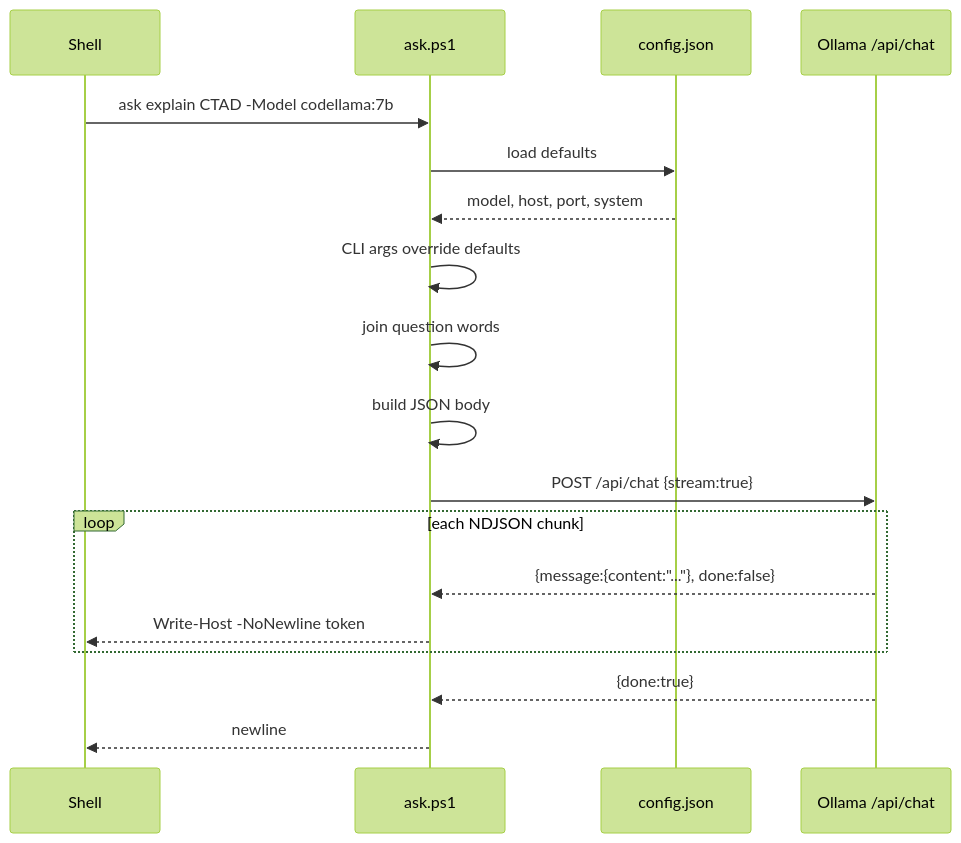
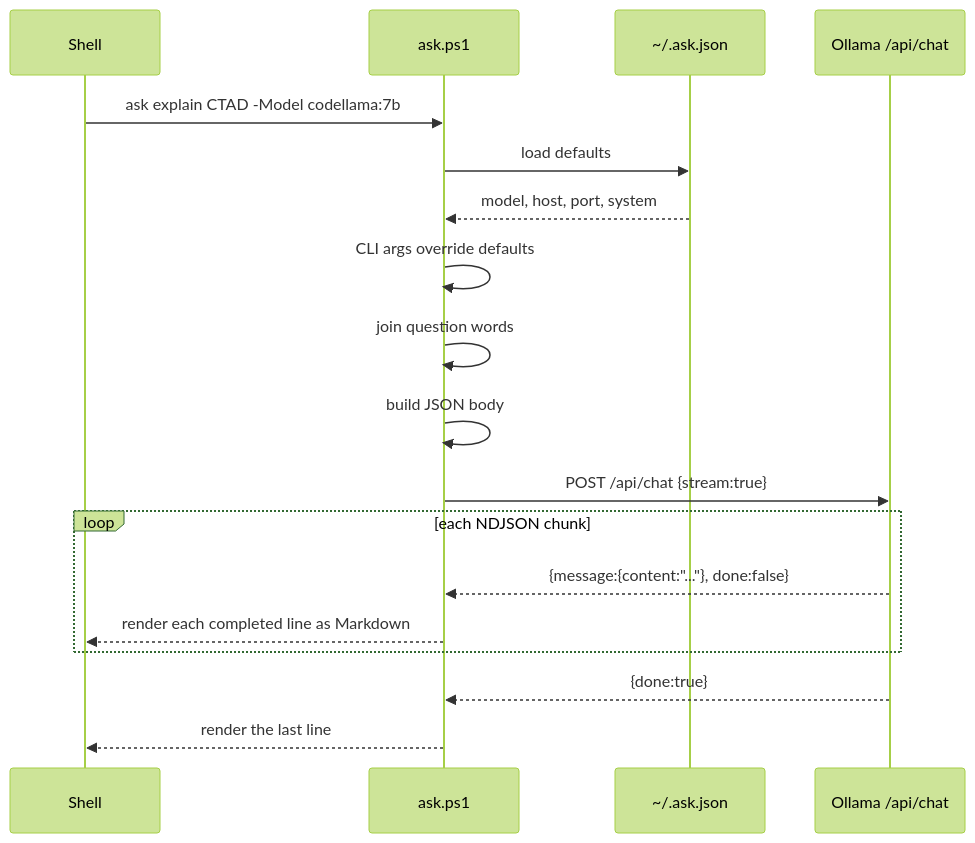
The second of 3 diagrams in README.md (cschladetsch/Ps1Ask), drawn with Mermaid (forest theme) before and after one commit. The commit also changed other lines of this file and 5 other files, not shown here.

````diff
--- a/README.md
+++ b/README.md
@@ -42,21 +42,21 @@
 ```mermaid
 sequenceDiagram
     participant U as Shell
     participant A as ask.ps1
-    participant C as config.json
+    participant C as ~/.ask.json
     participant O as Ollama /api/chat
 
     U->>A: ask explain CTAD -Model codellama:7b
     A->>C: load defaults
     C-->>A: model, host, port, system
     A->>A: CLI args override defaults
     A->>A: join question words
     A->>A: build JSON body
     A->>O: POST /api/chat {stream:true}
     loop each NDJSON chunk
         O-->>A: {message:{content:"..."}, done:false}
-        A-->>U: Write-Host -NoNewline token
+        A-->>U: render each completed line as Markdown
     end
     O-->>A: {done:true}
-    A-->>U: newline
+    A-->>U: render the last line
 ```
````
